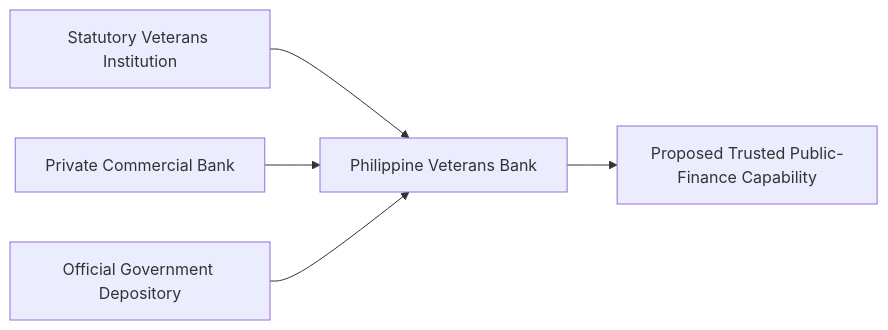
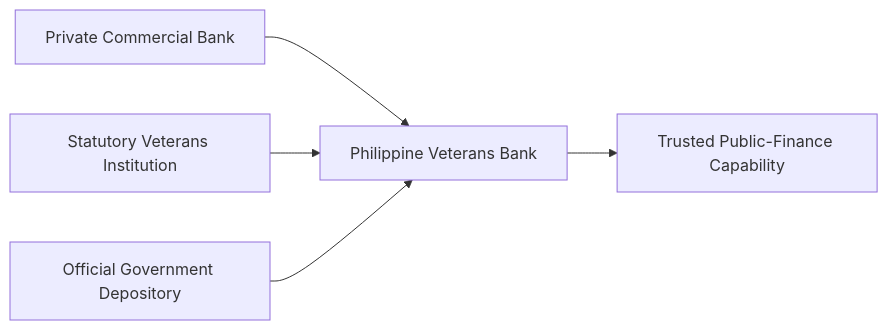
The first of 7 diagrams in docs/institutions/philippine-veterans-bank/program-guide/appendices/diagrams.md (3neti/x-change-monographs), drawn with Mermaid before and after one commit. The commit also changed other lines of this file and 21 other files, not shown here.

Commit message:
docs(pvb): align executive edition with AllBank master

````diff
--- a/docs/institutions/philippine-veterans-bank/program-guide/appendices/diagrams.md
+++ b/docs/institutions/philippine-veterans-bank/program-guide/appendices/diagrams.md
@@ -7,7 +7,7 @@
 ```mermaid
 flowchart LR
-    Veterans["Statutory Veterans Institution"] --> PVB["Philippine Veterans Bank"]
-    Commercial["Private Commercial Bank"] --> PVB
+    Commercial["Private Commercial Bank"] --> PVB["Philippine Veterans Bank"]
+    Veterans["Statutory Veterans Institution"] --> PVB
     Depository["Official Government Depository"] --> PVB
-    PVB --> Capability["Proposed Trusted Public-Finance Capability"]
+    PVB --> Capability["Trusted Public-Finance Capability"]
 ```
````
